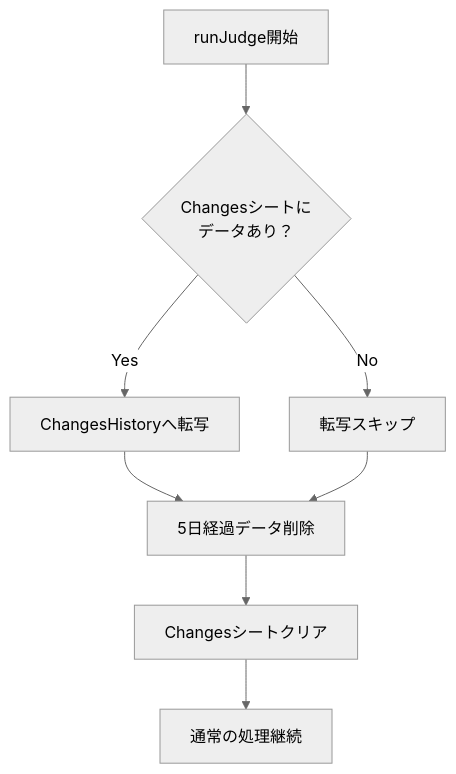
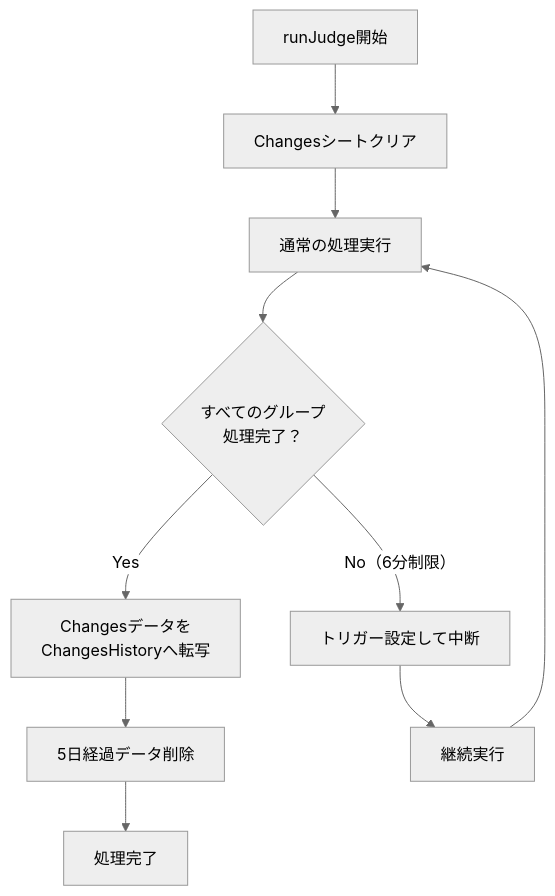
One commit to takahiro-shimizu-2/pdfwatcher changed the diagram in docs/TODOリスト/changes-history_design.md. Above: the diagram before and after it, drawn with Mermaid (neutral theme). The commit also changed other lines of this file and 3 other files, not shown here.

````diff
--- a/docs/TODOリスト/changes-history_design.md
+++ b/docs/TODOリスト/changes-history_design.md
@@ -47,10 +52,12 @@
 ```mermaid
 graph TD
-    A[runJudge開始] --> B{Changesシートに<br>データあり？}
-    B -->|Yes| C[ChangesHistoryへ転写]
-    B -->|No| D[転写スキップ]
-    C --> E[5日経過データ削除]
-    D --> E
-    E --> F[Changesシートクリア]
-    F --> G[通常の処理継続]
+    A[runJudge開始] --> B[Changesシートクリア]
+    B --> C[通常の処理実行]
+    C --> D{すべてのグループ<br>処理完了？}
+    D -->|Yes| E[Changesデータを<br>ChangesHistoryへ転写]
+    D -->|No（6分制限）| F[トリガー設定して中断]
+    E --> G[5日経過データ削除]
+    G --> H[処理完了]
+    F --> I[継続実行]
+    I --> C
 ```
````
